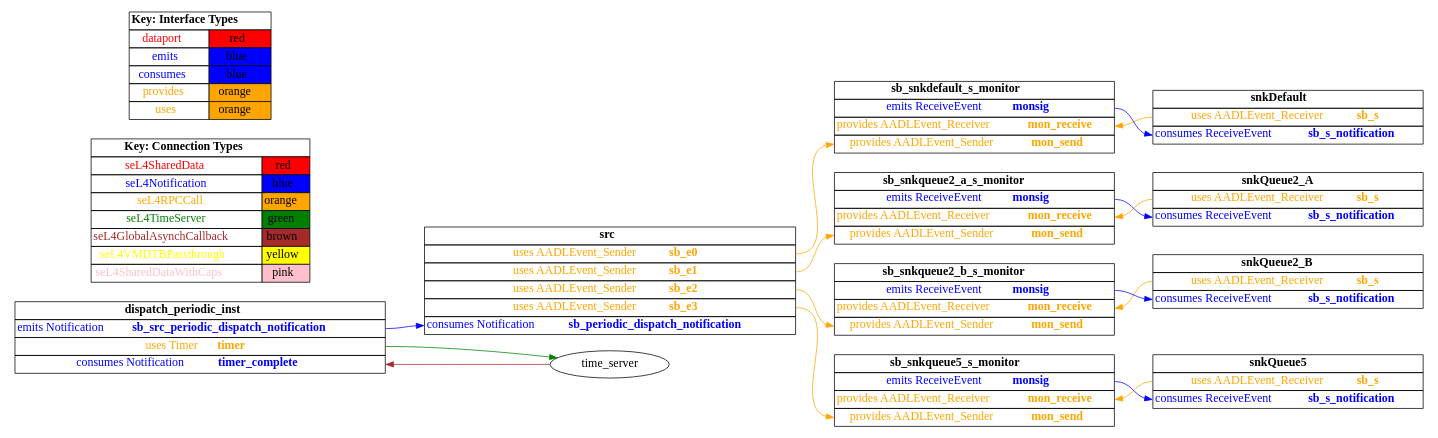
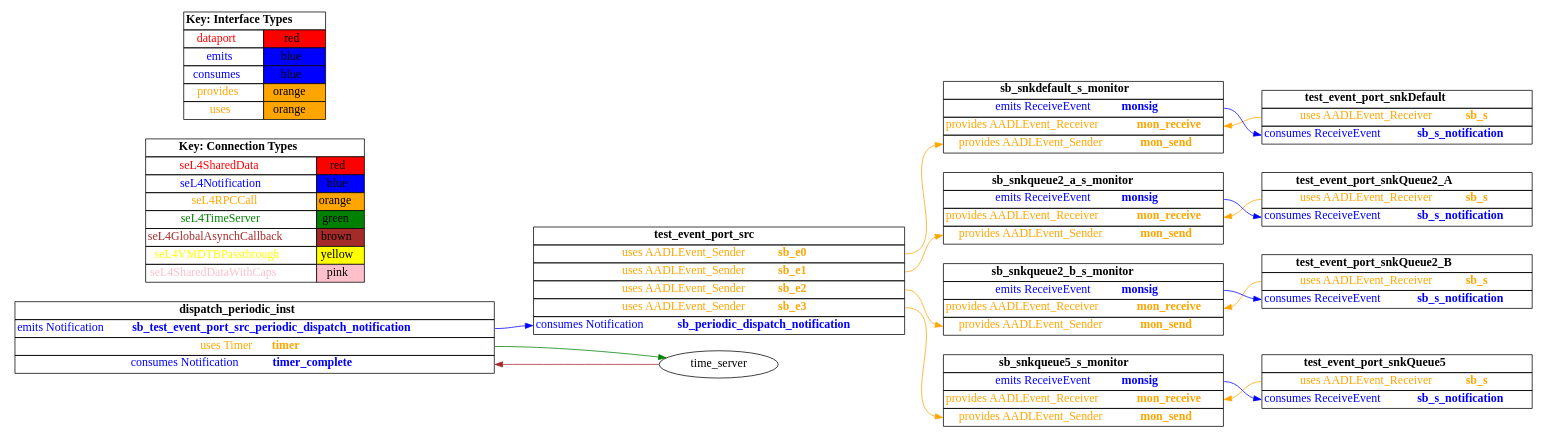
One commit to loonwerks/CASE changed the diagram in TA5/tool-evaluation-4/HAMR/examples/test_event_port_fan_out/CAmkES_seL4_TB/graph.dot. Above: the diagram before and after it, drawn with Graphviz. The commit also changed 1372 other files, not shown here.

```diff
--- a/TA5/tool-evaluation-4/HAMR/examples/test_event_port_fan_out/CAmkES_seL4_TB/graph.dot
+++ b/TA5/tool-evaluation-4/HAMR/examples/test_event_port_fan_out/CAmkES_seL4_TB/graph.dot
@@ -10,10 +10,10 @@
 edge [
 ];
 
-src [
+test_event_port_src [
   label=<
     <TABLE BORDER="0" CELLBORDER="1" CELLSPACING="0">
-      <TR><TD><B>src</B></TD></TR>
+      <TR><TD><B>test_event_port_src</B></TD></TR>
       <TR><TD PORT="sb_e0"><FONT COLOR="orange">uses AADLEvent_Sender <B>sb_e0</B></FONT></TD></TR>
       <TR><TD PORT="sb_e1"><FONT COLOR="orange">uses AADLEvent_Sender <B>sb_e1</B></FONT></TD></TR>
       <TR><TD PORT="sb_e2"><FONT COLOR="orange">uses AADLEvent_Sender <B>sb_e2</B></FONT></TD></TR>
@@ -24,10 +24,10 @@
   shape=plaintext
 ];
 
-snkDefault [
+test_event_port_snkDefault [
   label=<
     <TABLE BORDER="0" CELLBORDER="1" CELLSPACING="0">
-      <TR><TD><B>snkDefault</B></TD></TR>
+      <TR><TD><B>test_event_port_snkDefault</B></TD></TR>
       <TR><TD PORT="sb_s"><FONT COLOR="orange">uses AADLEvent_Receiver <B>sb_s</B></FONT></TD></TR>
       <TR><TD PORT="sb_s_notification"><FONT COLOR="blue">consumes ReceiveEvent <B>sb_s_notification</B></FONT></TD></TR>"
     </TABLE>
@@ -35,10 +35,10 @@
   shape=plaintext
 ];
 
-snkQueue2_A [
+test_event_port_snkQueue2_A [
   label=<
     <TABLE BORDER="0" CELLBORDER="1" CELLSPACING="0">
-      <TR><TD><B>snkQueue2_A</B></TD></TR>
+      <TR><TD><B>test_event_port_snkQueue2_A</B></TD></TR>
       <TR><TD PORT="sb_s"><FONT COLOR="orange">uses AADLEvent_Receiver <B>sb_s</B></FONT></TD></TR>
       <TR><TD PORT="sb_s_notification"><FONT COLOR="blue">consumes ReceiveEvent <B>sb_s_notification</B></FONT></TD></TR>"
     </TABLE>
@@ -46,10 +46,10 @@
   shape=plaintext
 ];
 
-snkQueue2_B [
+test_event_port_snkQueue2_B [
   label=<
     <TABLE BORDER="0" CELLBORDER="1" CELLSPACING="0">
-      <TR><TD><B>snkQueue2_B</B></TD></TR>
+      <TR><TD><B>test_event_port_snkQueue2_B</B></TD></TR>
       <TR><TD PORT="sb_s"><FONT COLOR="orange">uses AADLEvent_Receiver <B>sb_s</B></FONT></TD></TR>
       <TR><TD PORT="sb_s_notification"><FONT COLOR="blue">consumes ReceiveEvent <B>sb_s_notification</B></FONT></TD></TR>"
     </TABLE>
@@ -57,10 +57,10 @@
   shape=plaintext
 ];
 
-snkQueue5 [
+test_event_port_snkQueue5 [
   label=<
     <TABLE BORDER="0" CELLBORDER="1" CELLSPACING="0">
-      <TR><TD><B>snkQueue5</B></TD></TR>
+      <TR><TD><B>test_event_port_snkQueue5</B></TD></TR>
       <TR><TD PORT="sb_s"><FONT COLOR="orange">uses AADLEvent_Receiver <B>sb_s</B></FONT></TD></TR>
       <TR><TD PORT="sb_s_notification"><FONT COLOR="blue">consumes ReceiveEvent <B>sb_s_notification</B></FONT></TD></TR>"
     </TABLE>
@@ -120,7 +120,7 @@
   label=<
     <TABLE BORDER="0" CELLBORDER="1" CELLSPACING="0">
       <TR><TD><B>dispatch_periodic_inst</B></TD></TR>
-      <TR><TD PORT="sb_src_periodic_dispatch_notification"><FONT COLOR="blue">emits Notification <B>sb_src_periodic_dispatch_notification</B></FONT></TD></TR>
+      <TR><TD PORT="sb_test_event_port_src_periodic_dispatch_notification"><FONT COLOR="blue">emits Notification <B>sb_test_event_port_src_periodic_dispatch_notification</B></FONT></TD></TR>
       <TR><TD PORT="timer"><FONT COLOR="orange">uses Timer <B>timer</B></FONT></TD></TR>
       <TR><TD PORT="timer_complete"><FONT COLOR="blue">consumes Notification <B>timer_complete</B></FONT></TD></TR>"
     </TABLE>
@@ -158,91 +158,91 @@
   shape=plaintext
 ];
 
-"src":sb_e0 -> "sb_snkdefault_s_monitor":mon_send [
+"test_event_port_src":sb_e0 -> "sb_snkdefault_s_monitor":mon_send [
   color="orange"
   //label = "seL4RPCCall"
   id = conn1
 
 ];
 
-"snkDefault":sb_s -> "sb_snkdefault_s_monitor":mon_receive [
+"test_event_port_snkDefault":sb_s -> "sb_snkdefault_s_monitor":mon_receive [
   color="orange"
   //label = "seL4RPCCall"
   id = conn2
 
 ];
 
-"sb_snkdefault_s_monitor":monsig -> "snkDefault":sb_s_notification [
+"sb_snkdefault_s_monitor":monsig -> "test_event_port_snkDefault":sb_s_notification [
   color="blue"
   //label = "seL4Notification"
   id = conn3
 
 ];
 
-"src":sb_e1 -> "sb_snkqueue2_a_s_monitor":mon_send [
+"test_event_port_src":sb_e1 -> "sb_snkqueue2_a_s_monitor":mon_send [
   color="orange"
   //label = "seL4RPCCall"
   id = conn4
 
 ];
 
-"snkQueue2_A":sb_s -> "sb_snkqueue2_a_s_monitor":mon_receive [
+"test_event_port_snkQueue2_A":sb_s -> "sb_snkqueue2_a_s_monitor":mon_receive [
   color="orange"
   //label = "seL4RPCCall"
   id = conn5
 
 ];
 
-"sb_snkqueue2_a_s_monitor":monsig -> "snkQueue2_A":sb_s_notification [
+"sb_snkqueue2_a_s_monitor":monsig -> "test_event_port_snkQueue2_A":sb_s_notification [
   color="blue"
   //label = "seL4Notification"
   id = conn6
 
 ];
 
-"src":sb_e2 -> "sb_snkqueue2_b_s_monitor":mon_send [
+"test_event_port_src":sb_e2 -> "sb_snkqueue2_b_s_monitor":mon_send [
   color="orange"
   //label = "seL4RPCCall"
   id = conn7
 
 ];
 
-"snkQueue2_B":sb_s -> "sb_snkqueue2_b_s_monitor":mon_receive [
+"test_event_port_snkQueue2_B":sb_s -> "sb_snkqueue2_b_s_monitor":mon_receive [
   color="orange"
   //label = "seL4RPCCall"
   id = conn8
 
 ];
 
-"sb_snkqueue2_b_s_monitor":monsig -> "snkQueue2_B":sb_s_notification [
+"sb_snkqueue2_b_s_monitor":monsig -> "test_event_port_snkQueue2_B":sb_s_notification [
   color="blue"
   //label = "seL4Notification"
   id = conn9
 
 ];
 
-"src":sb_e3 -> "sb_snkqueue5_s_monitor":mon_send [
+"test_event_port_src":sb_e3 -> "sb_snkqueue5_s_monitor":mon_send [
   color="orange"
   //label = "seL4RPCCall"
   id = conn10
 
 ];
 
-"snkQueue5":sb_s -> "sb_snkqueue5_s_monitor":mon_receive [
+"test_event_port_snkQueue5":sb_s -> "sb_snkqueue5_s_monitor":mon_receive [
   color="orange"
   //label = "seL4RPCCall"
   id = conn11
 
 ];
 
-"sb_snkqueue5_s_monitor":monsig -> "snkQueue5":sb_s_notification [
+"sb_snkqueue5_s_monitor":monsig -> "test_event_port_snkQueue5":sb_s_notification [
   color="blue"
   //label = "seL4Notification"
   id = conn12
 
 ];
 
-"dispatch_periodic_inst":sb_src_periodic_dispatch_notification -> "src":sb_periodic_dispatch_notification [
+"dispatch_periodic_inst":sb_test_event_port_src_periodic_dispatch_notification -> "test_event_port_src":sb_periodic_dispatch_notification [
   color="blue"
   //label = "seL4Notification"
   id = conn13
```
